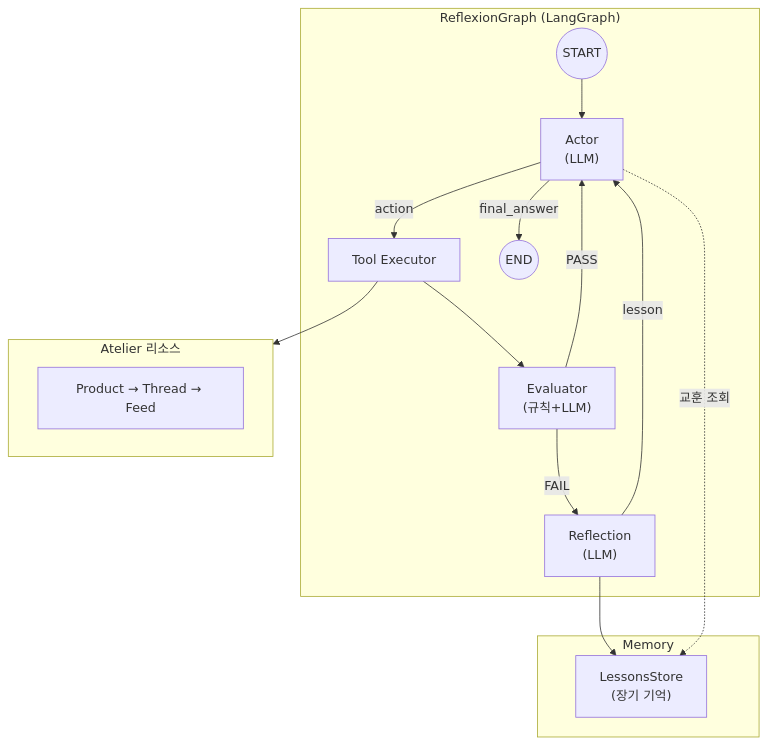
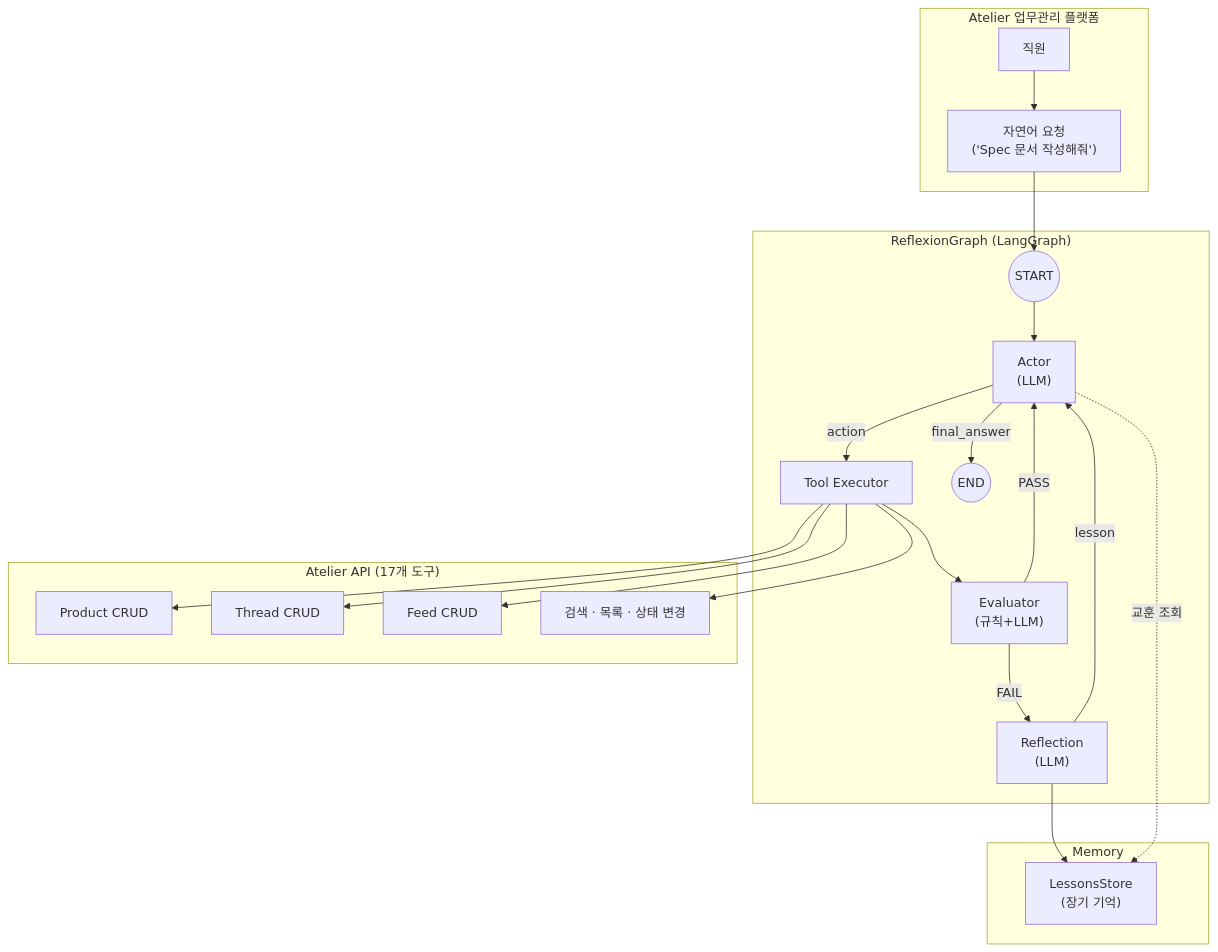
Before and after one commit to SJayKim/SJayKim: the third of 3 diagrams in README.md, drawn with Mermaid. The commit also changed other lines of this file and 10 other files, not shown here.

````diff
--- a/README.md
+++ b/README.md
@@ -226,31 +259,44 @@
 ```mermaid
 flowchart TB
+    subgraph Platform["Atelier 업무관리 플랫폼"]
+        User["직원"]
+        Request["자연어 요청<br/>('Spec 문서 작성해줘')"]
+        User --> Request
+    end
+
     subgraph ReflexionGraph["ReflexionGraph (LangGraph)"]
         START((START))
         Actor["Actor<br/>(LLM)"]
         ToolExec["Tool Executor"]
         Evaluator["Evaluator<br/>(규칙+LLM)"]
         Reflection["Reflection<br/>(LLM)"]
         END_NODE((END))
         
         START --> Actor
         Actor -->|"action"| ToolExec
         Actor -->|"final_answer"| END_NODE
         ToolExec --> Evaluator
         Evaluator -->|"PASS"| Actor
         Evaluator -->|"FAIL"| Reflection
         Reflection -->|"lesson"| Actor
     end
 
     subgraph Memory["Memory"]
         LongTerm["LessonsStore<br/>(장기 기억)"]
     end
 
-    subgraph Resources["Atelier 리소스"]
-        Product["Product → Thread → Feed"]
+    subgraph Resources["Atelier API (17개 도구)"]
+        ProductAPI["Product CRUD"]
+        ThreadAPI["Thread CRUD"]
+        FeedAPI["Feed CRUD"]
+        Utility["검색 · 목록 · 상태 변경"]
     end
 
-    ToolExec --> Resources
+    Request --> START
+    ToolExec --> ProductAPI
+    ToolExec --> ThreadAPI
+    ToolExec --> FeedAPI
+    ToolExec --> Utility
     Reflection --> LongTerm
     Actor -.->|"교훈 조회"| LongTerm
 ```
````
